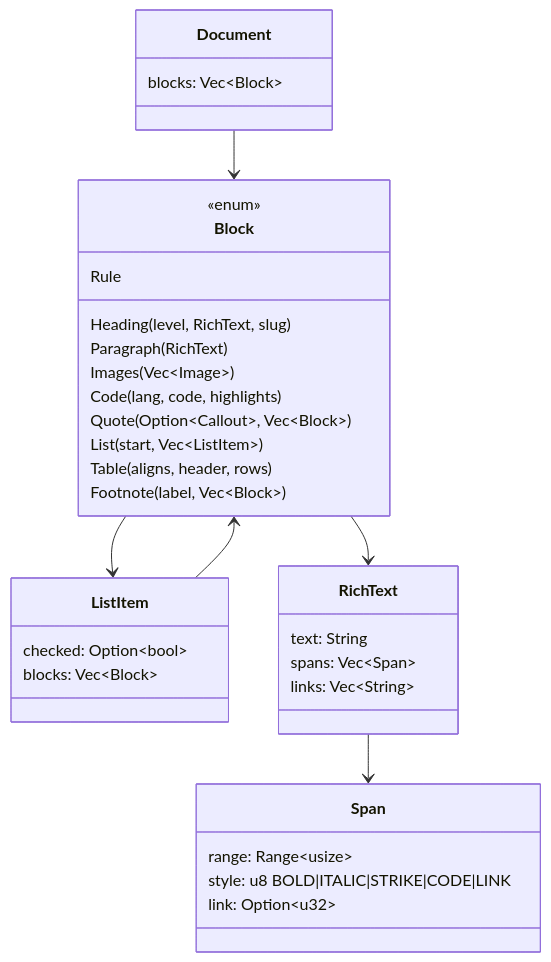
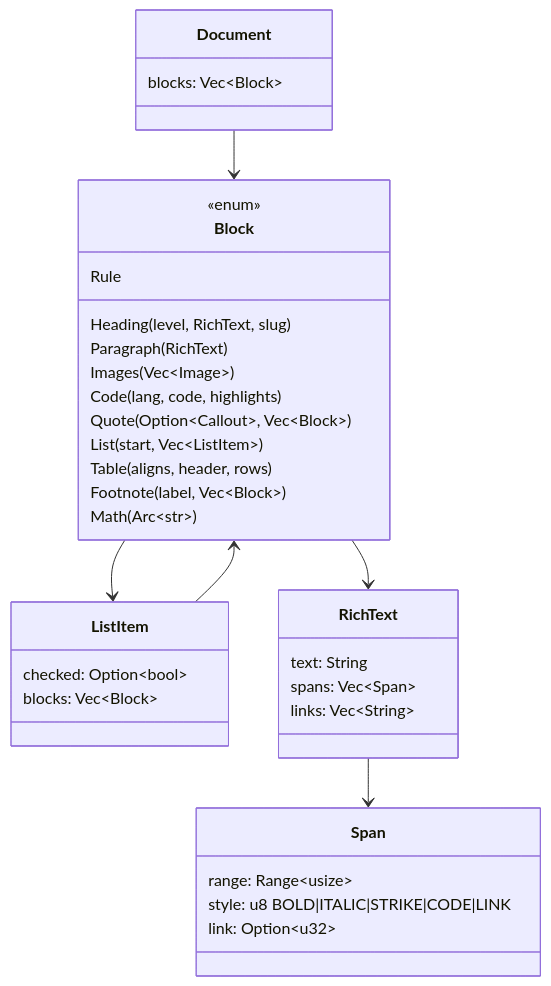
Before and after one commit to JorgeAgar/markdown-viewer-zed: the second of 5 diagrams in docs/architecture.md, drawn with Mermaid. The commit also changed other lines of this file and 14 other files, not shown here.

````diff
--- a/docs/architecture.md
+++ b/docs/architecture.md
@@ -62,37 +73,38 @@
 ```mermaid
 classDiagram
     class Document {
         blocks: Vec~Block~
     }
     class Block {
         <<enum>>
         Heading(level, RichText, slug)
         Paragraph(RichText)
         Images(Vec~Image~)
         Code(lang, code, highlights)
         Quote(Option~Callout~, Vec~Block~)
         List(start, Vec~ListItem~)
         Table(aligns, header, rows)
         Footnote(label, Vec~Block~)
+        Math(Arc~str~)
         Rule
     }
     class ListItem {
         checked: Option~bool~
         blocks: Vec~Block~
     }
     class RichText {
         text: String
         spans: Vec~Span~
         links: Vec~String~
     }
     class Span {
         range: Range~usize~
         style: u8  BOLD|ITALIC|STRIKE|CODE|LINK
         link: Option~u32~
     }
     Document --> Block
     Block --> ListItem
     Block --> RichText
     ListItem --> Block
     RichText --> Span
 ```
````
